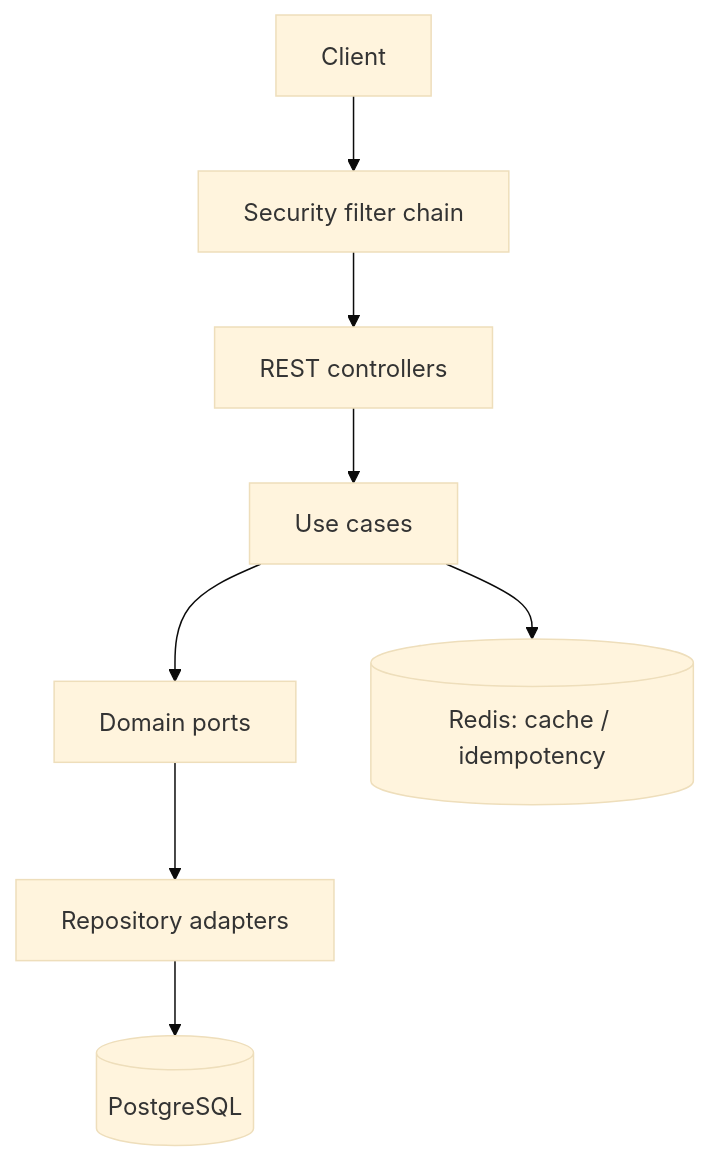
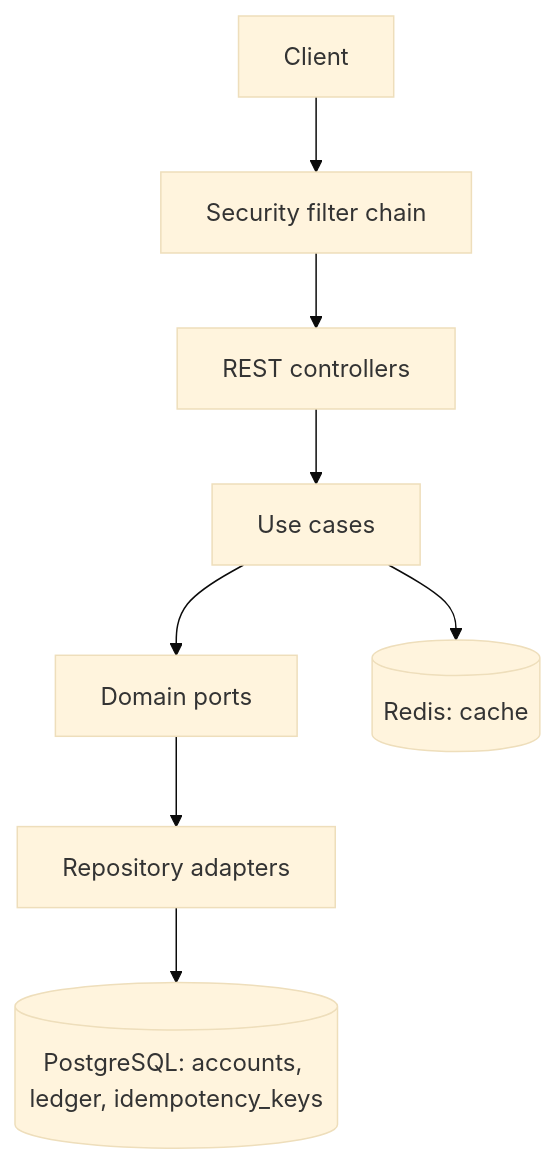
One commit to rubenbecerra/banking-api changed the diagram in README.md. Above: the diagram before and after it, drawn with Mermaid (base theme). The commit also changed other lines of this file and 24 other files, not shown here.

````diff
--- a/README.md
+++ b/README.md
@@ -66,10 +67,10 @@
 ```mermaid
 flowchart TD
     A[Client] --> B[Security filter chain]
     B --> C[REST controllers]
     C --> D[Use cases]
     D --> E[Domain ports]
     E --> F[Repository adapters]
-    F --> G[(PostgreSQL)]
-    D --> H[(Redis: cache / idempotency)]
+    F --> G[(PostgreSQL: accounts, ledger, idempotency_keys)]
+    D --> H[(Redis: cache)]
 ```
````
